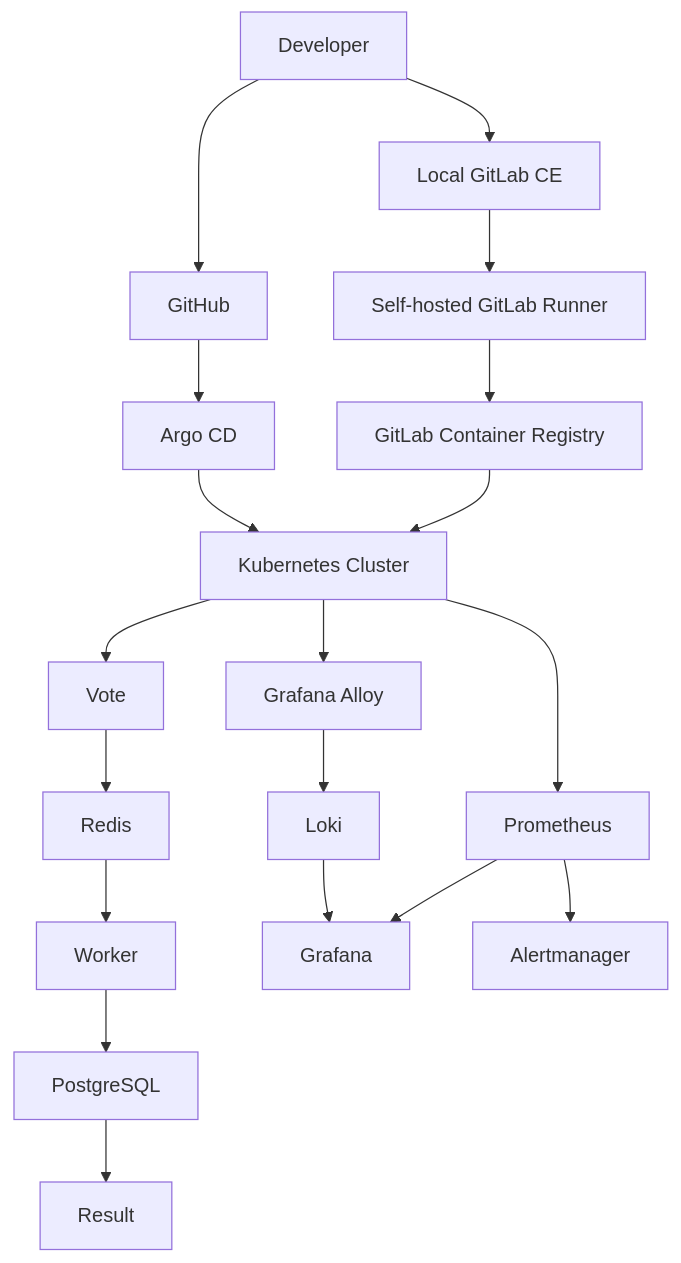
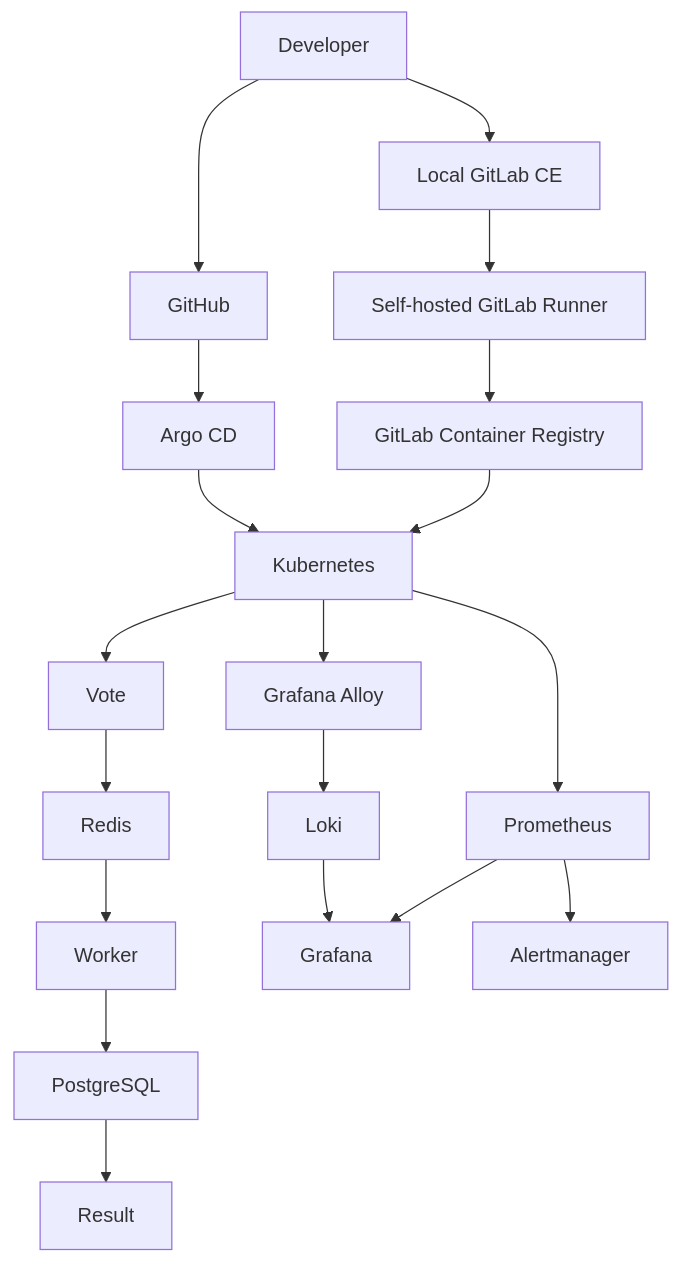
The diagram in README.md (Khash90/opsboard), drawn with Mermaid before and after one commit. The commit also changed other lines of this file, not shown here.

````diff
--- a/README.md
+++ b/README.md
@@ -81,28 +73,27 @@
 ```mermaid
 flowchart TD
     Developer[Developer] --> GitHub[GitHub]
     Developer --> GitLab[Local GitLab CE]
 
     GitLab --> Runner[Self-hosted GitLab Runner]
     Runner --> Registry[GitLab Container Registry]
 
     GitHub --> ArgoCD[Argo CD]
-
-    Registry --> K8s[Kubernetes Cluster]
+    Registry --> K8s[Kubernetes]
     ArgoCD --> K8s
 
     K8s --> Vote[Vote]
     Vote --> Redis[Redis]
     Redis --> Worker[Worker]
     Worker --> PostgreSQL[PostgreSQL]
     PostgreSQL --> Result[Result]
 
     K8s --> Prometheus[Prometheus]
     Prometheus --> Grafana[Grafana]
 
     K8s --> Alloy[Grafana Alloy]
     Alloy --> Loki[Loki]
     Loki --> Grafana
 
     Prometheus --> Alertmanager[Alertmanager]
 ```
````
